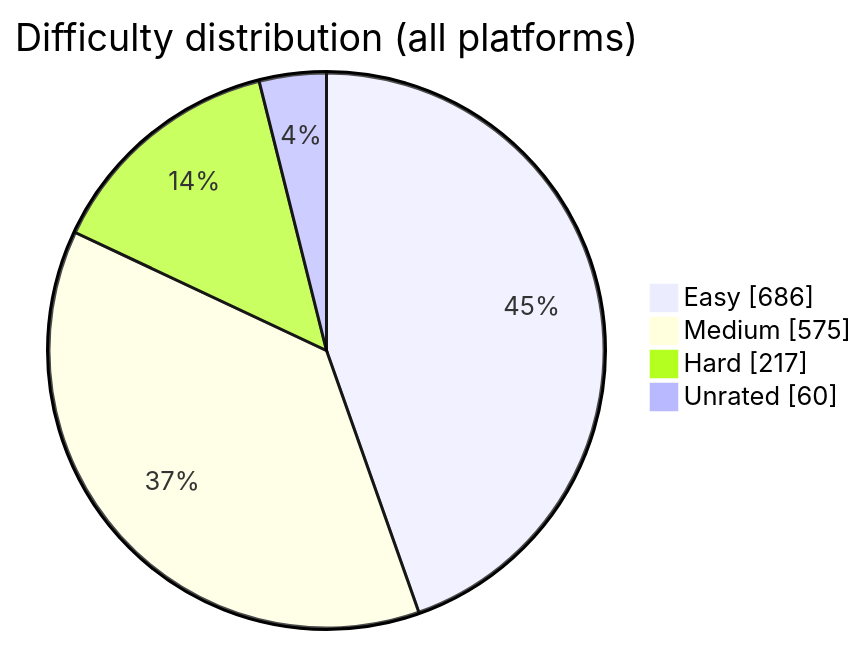
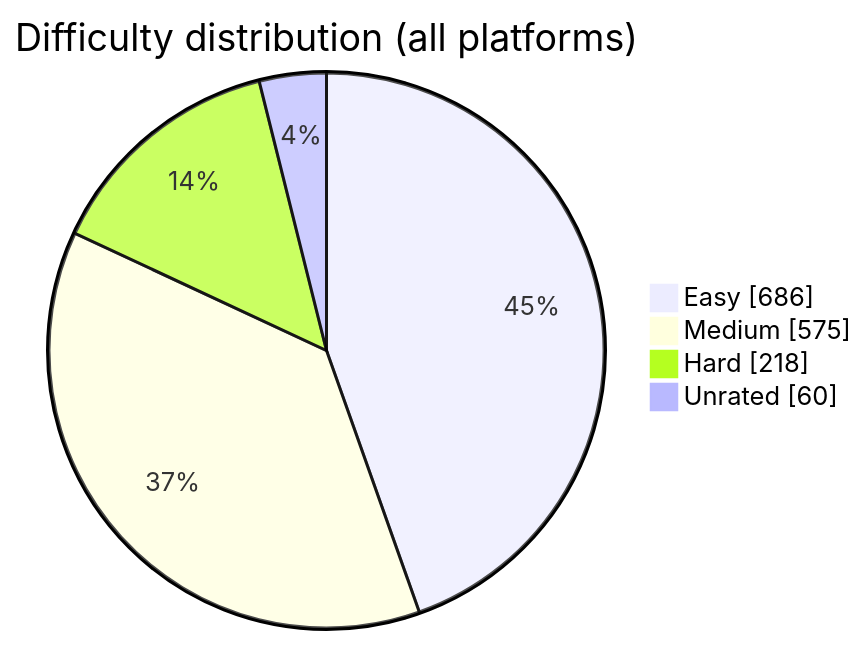
One commit to BuildbyArindam/Daily-Coding-Log changed the diagram in README.md. Above: the diagram before and after it, drawn with Mermaid. The commit also changed other lines of this file, not shown here.

````diff
--- a/README.md
+++ b/README.md
@@ -93,7 +93,7 @@
 ```mermaid
 pie showData title Difficulty distribution (all platforms)
     "Easy" : 686
     "Medium" : 575
-    "Hard" : 217
+    "Hard" : 218
     "Unrated" : 60
 ```
````
